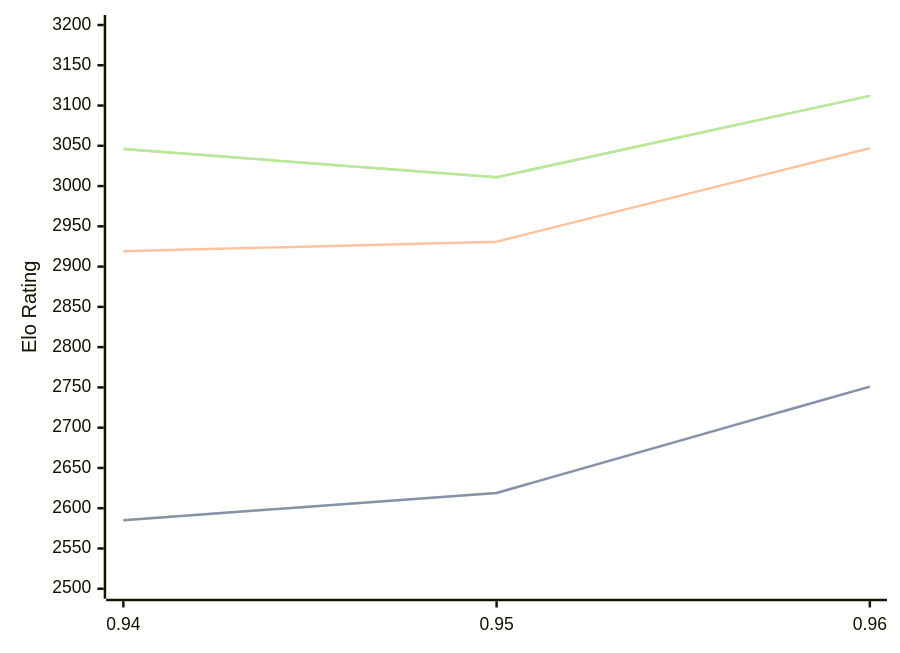
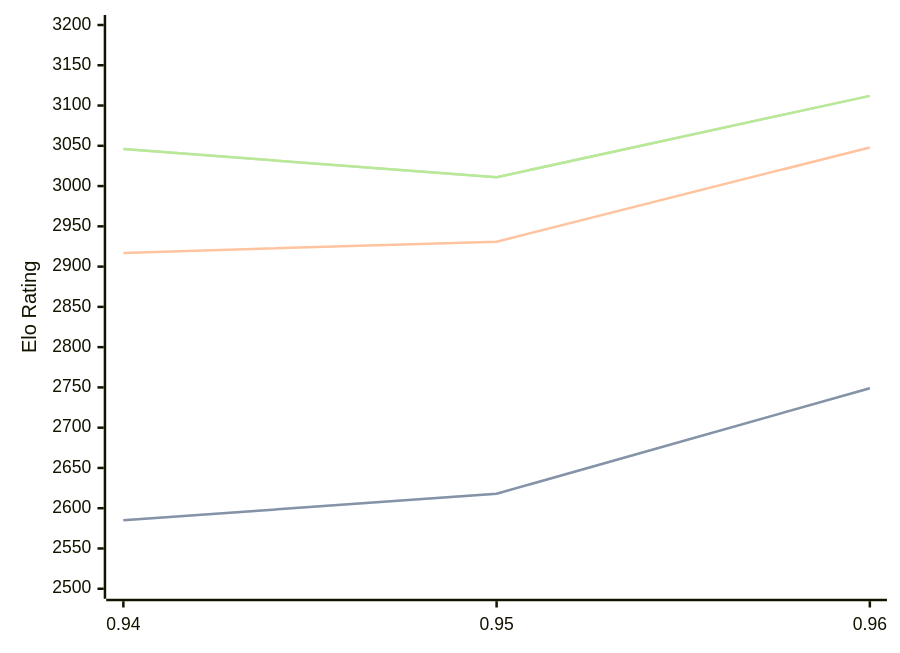
One commit to computer-chess-index/cci changed the first of 3 diagrams in engines/Myrddin.md. Above: the diagram before and after it, drawn with Mermaid. The commit also changed other lines of this file, not shown here.

````diff
--- a/engines/Myrddin.md
+++ b/engines/Myrddin.md
@@ -38,11 +38,11 @@
 ```mermaid
 %%{init: {"theme":"base","themeVariables":{"seriesColors:['#a3a3a3','#222221','#faa371']}}}%%
 xychart-beta
   x-axis ["0.94", "0.95", "0.96"]
   y-axis "Elo Rating" 2500 --> 3200
-  line "STC (8.0+0.08s)" [2585, 2619, 2751]
-  line "STC (8.0+0.08s)" [2585, 2619, 2751]
-  line "LTC (60.0+0.60s)" [2919, 2931, 3047]
+  line "STC (8.0+0.08s)" [2585, 2618, 2749]
+  line "STC (8.0+0.08s)" [2585, 2618, 2749]
+  line "LTC (60.0+0.60s)" [2917, 2931, 3048]
   line "VLTC (2m24s+1.12s)" [3046, 3011, 3112]
   line "VLTC (2m24s+1.12s)" [3046, 3011, 3112]
 ```
````
